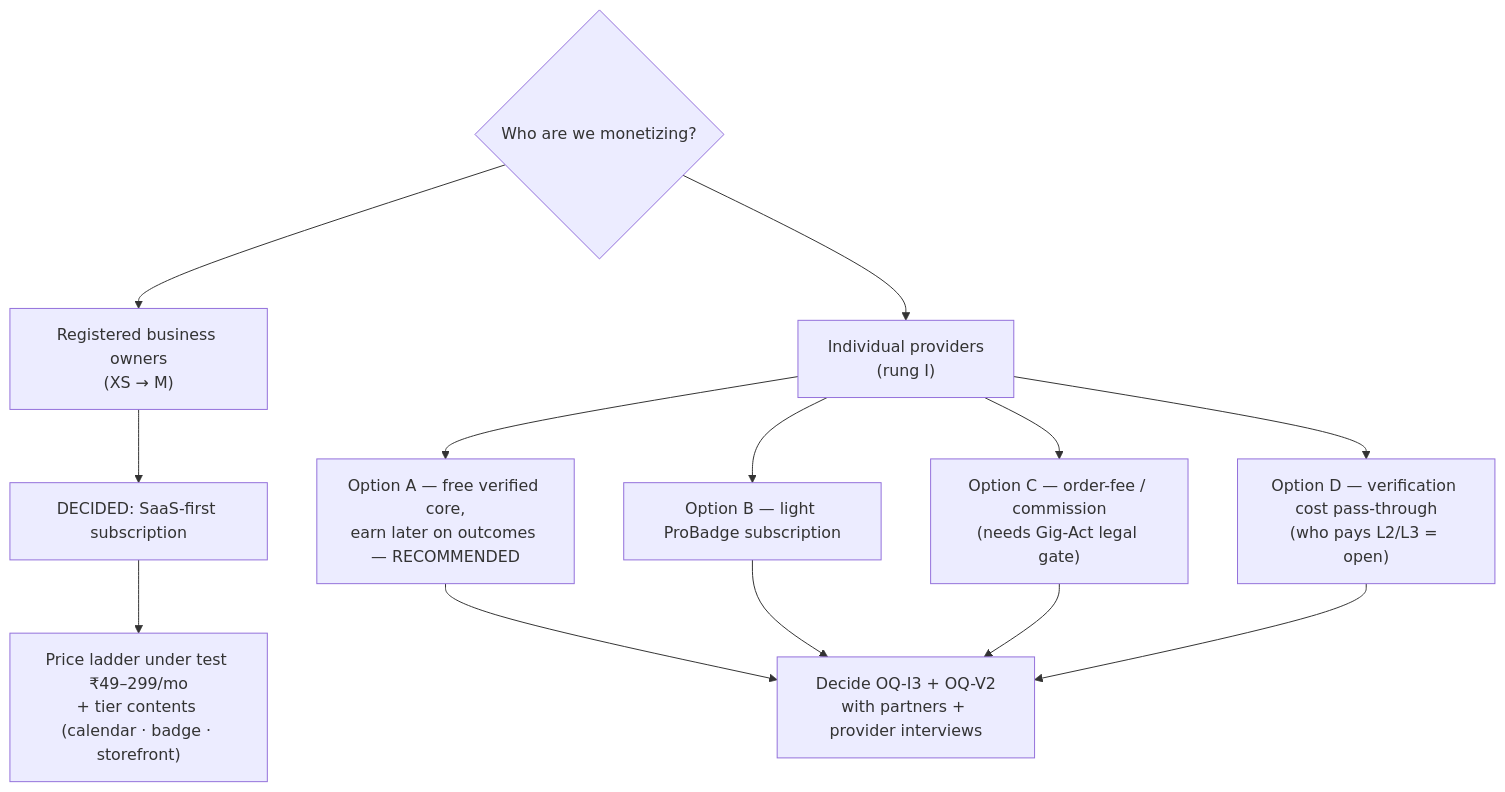
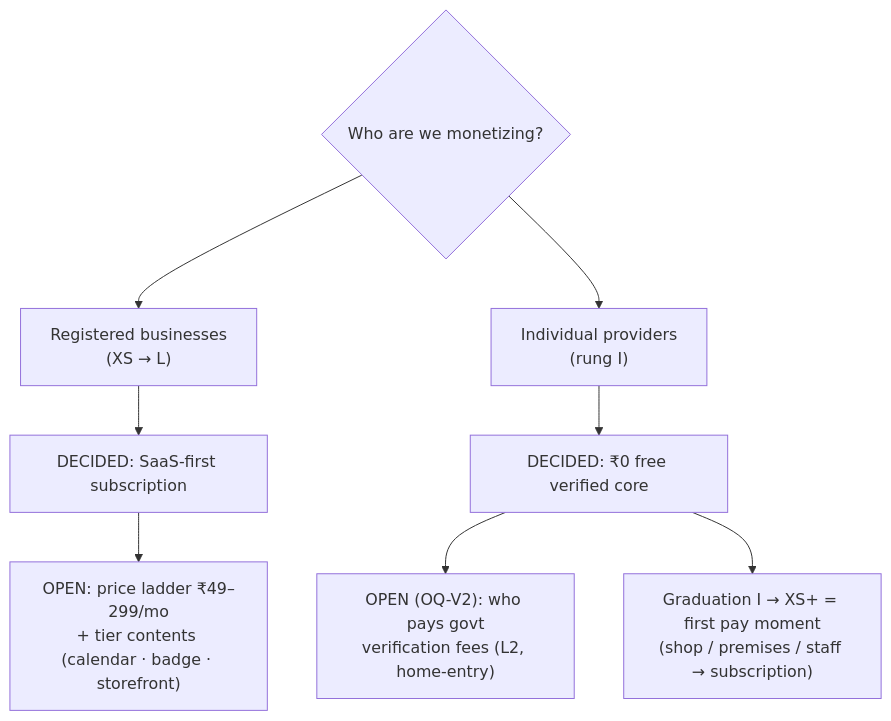
One commit to zeroes-ones/Ideas changed the fifth of 6 diagrams in india-business-os/PARTNER-BRIEF.md. Above: the diagram before and after it, drawn with Mermaid. The commit also changed other lines of this file and 6 other files, not shown here.

Commit message:
decision: individuals (rung I) ₹0 free verified core — SaaS applies to businesses XS→L (OQ-I3 resolved 2026-09-08)

````diff
--- a/india-business-os/PARTNER-BRIEF.md
+++ b/india-business-os/PARTNER-BRIEF.md
@@ -153,15 +153,10 @@
 ```mermaid
 flowchart TD
-    Q{Who are we monetizing?} --> BIZ["Registered business owners<br/>(XS → M)"]
+    Q{Who are we monetizing?} --> BIZ["Registered businesses<br/>(XS → L)"]
     Q --> IND["Individual providers<br/>(rung I)"]
     BIZ --> D1["DECIDED: SaaS-first subscription"]
-    D1 --> D2["Price ladder under test ₹49–299/mo<br/>+ tier contents (calendar · badge · storefront)"]
-    IND --> O1["Option A — free verified core,<br/>earn later on outcomes — RECOMMENDED"]
-    IND --> O2["Option B — light ProBadge subscription"]
-    IND --> O3["Option C — order-fee / commission<br/>(needs Gig-Act legal gate)"]
-    IND --> O4["Option D — verification cost pass-through<br/>(who pays L2/L3 = open)"]
-    O1 --> OPD["Decide OQ-I3 + OQ-V2<br/>with partners + provider interviews"]
-    O2 --> OPD
-    O3 --> OPD
-    O4 --> OPD
+    D1 --> D2["OPEN: price ladder ₹49–299/mo<br/>+ tier contents (calendar · badge · storefront)"]
+    IND --> D3["DECIDED: ₹0 free verified core"]
+    D3 --> D4["OPEN (OQ-V2): who pays govt<br/>verification fees (L2, home-entry)"]
+    D3 --> D5["Graduation I → XS+ = first pay moment<br/>(shop / premises / staff → subscription)"]
 ```
````
